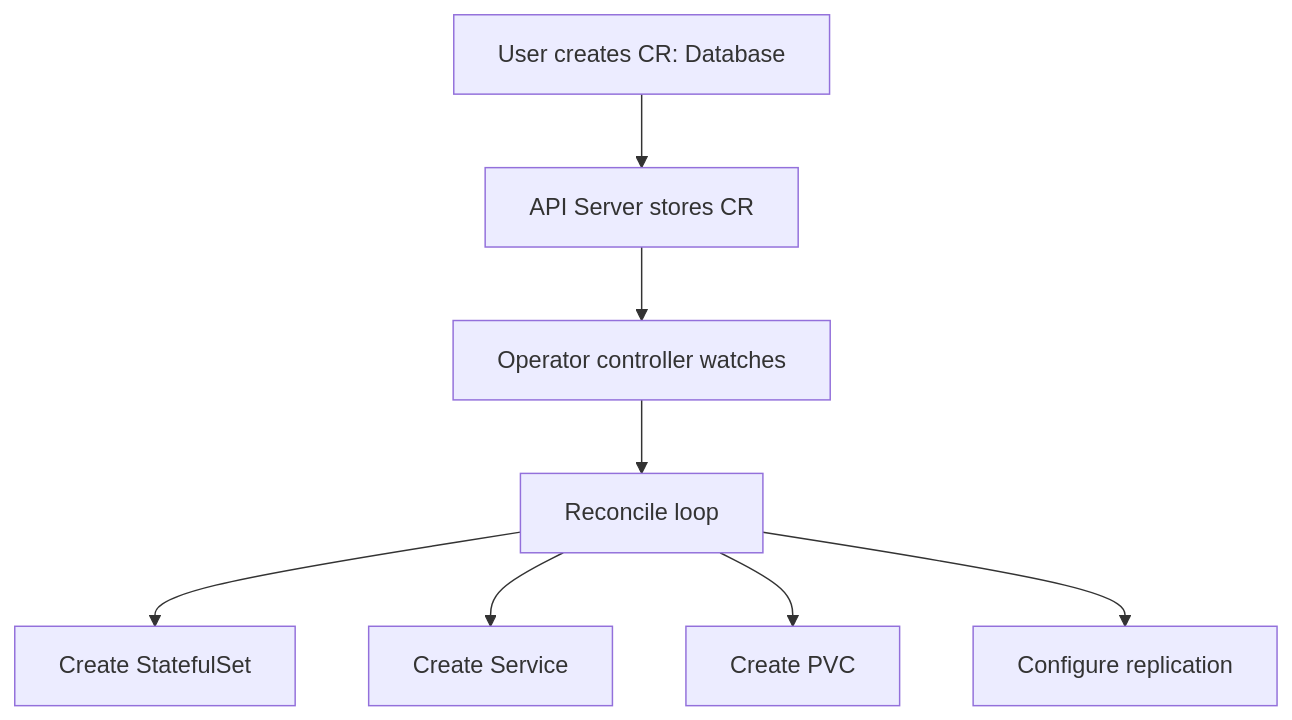
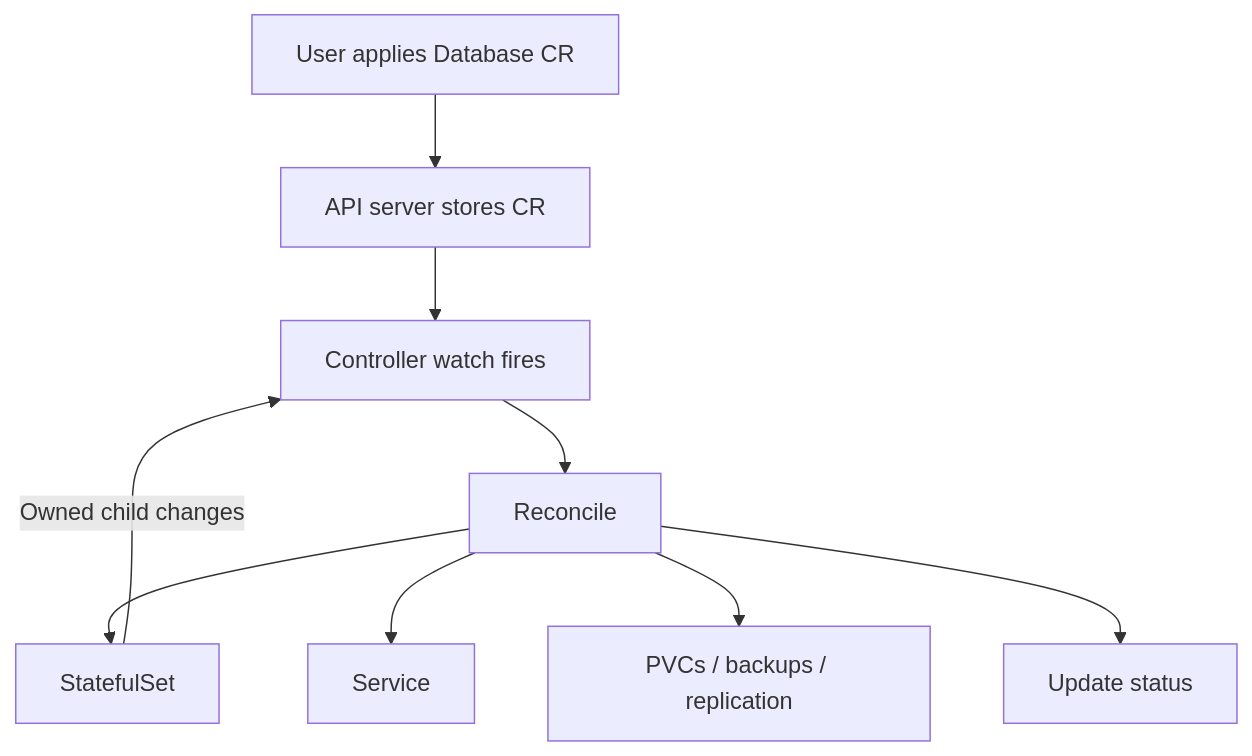
One commit to greg4fun/kubernetesrecipes.github.io changed the diagram in src/content/recipes/kubernetes-operator-pattern.md. Above: the diagram before and after it, drawn with Mermaid. The commit also changed other lines of this file and 537 other files, not shown here.

````diff
--- a/src/content/recipes/kubernetes-operator-pattern.md
+++ b/src/content/recipes/kubernetes-operator-pattern.md
@@ -107,10 +104,11 @@
 ```mermaid
 graph TD
-    A[User creates CR: Database] --> B[API Server stores CR]
-    B --> C[Operator controller watches]
-    C --> D[Reconcile loop]
-    D --> E[Create StatefulSet]
-    D --> F[Create Service]
-    D --> G[Create PVC]
-    D --> H[Configure replication]
+    A[User applies Database CR] --> B[API server stores CR]
+    B --> C[Controller watch fires]
+    C --> D[Reconcile]
+    D --> E[StatefulSet]
+    D --> F[Service]
+    D --> G[PVCs / backups / replication]
+    D --> H[Update status]
+    E -->|Owned child changes| C
 ```
````
